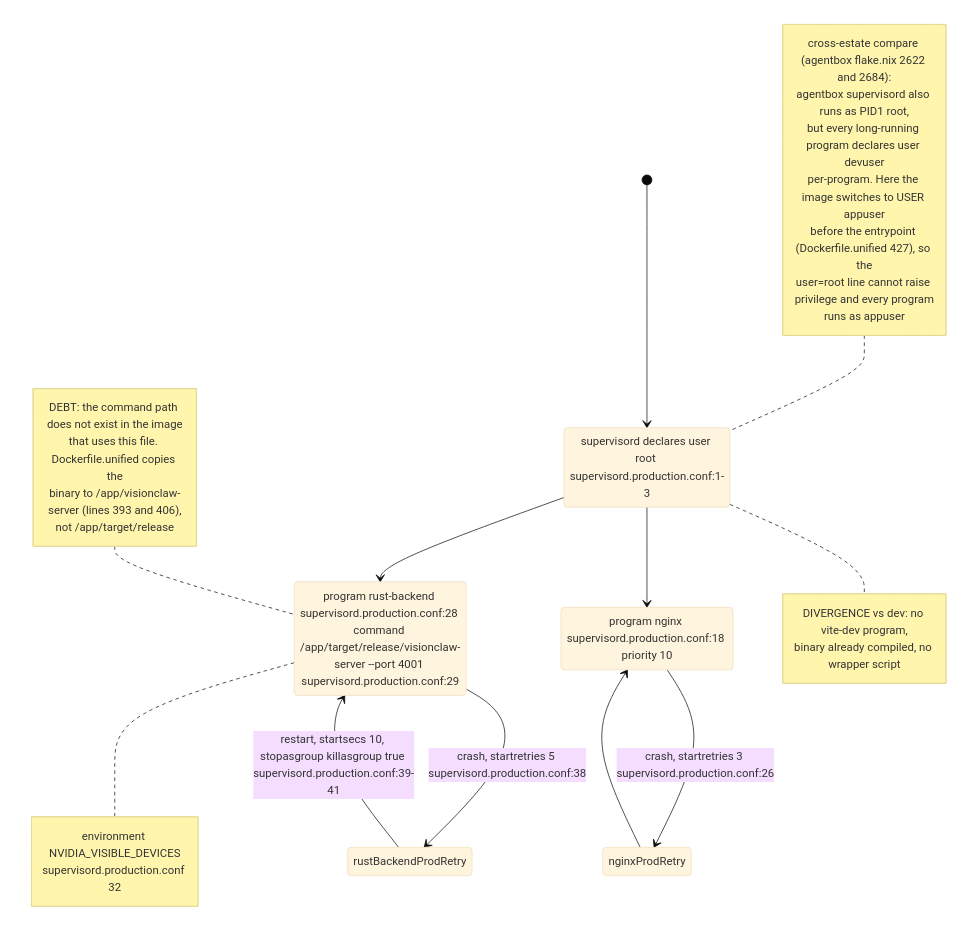
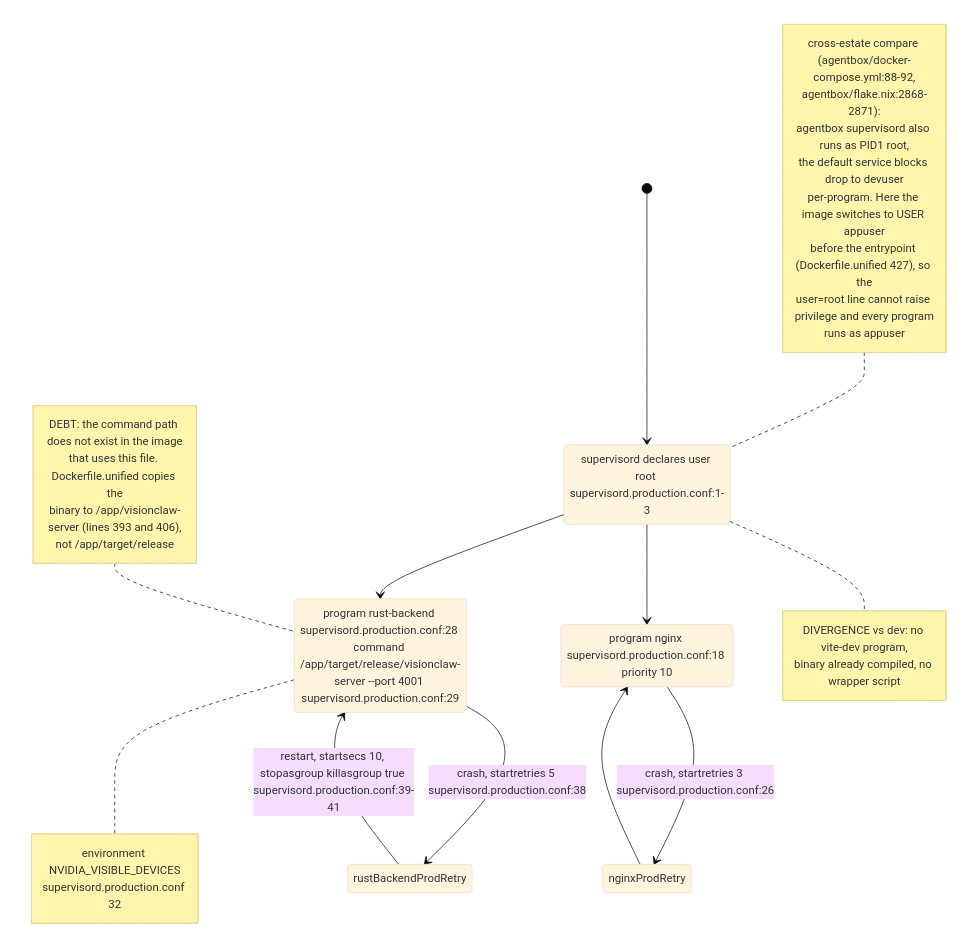
Before and after one commit to DreamLab-AI/VisionFlow: the seventh of 24 diagrams in docs/diagrams/estate/09-build-deploy-and-ci-estate.md, drawn with Mermaid (base theme). The commit also changed other lines of this file and 5 other files, not shown here.

````diff
--- a/docs/diagrams/estate/09-build-deploy-and-ci-estate.md
+++ b/docs/diagrams/estate/09-build-deploy-and-ci-estate.md
@@ -277,39 +279,39 @@
 ```mermaid
 stateDiagram-v2
     [*] --> supervisordRootProd
     supervisordRootProd: supervisord declares user root supervisord.production.conf:1-3
     supervisordRootProd --> nginxProd
     supervisordRootProd --> rustBackendProd
 
     nginxProd: program nginx supervisord.production.conf:18 priority 10
     rustBackendProd: program rust-backend supervisord.production.conf:28 command /app/target/release/visionclaw-server --port 4001 supervisord.production.conf:29
 
     rustBackendProd --> rustBackendProdRetry: crash, startretries 5 supervisord.production.conf:38
     rustBackendProdRetry --> rustBackendProd: restart, startsecs 10, stopasgroup killasgroup true supervisord.production.conf:39-41
     nginxProd --> nginxProdRetry: crash, startretries 3 supervisord.production.conf:26
     nginxProdRetry --> nginxProd
 
     note right of rustBackendProd
         environment NVIDIA_VISIBLE_DEVICES
         supervisord.production.conf 32
     end note
     note right of supervisordRootProd
         DIVERGENCE vs dev: no vite-dev program,
         binary already compiled, no wrapper script
     end note
     note left of supervisordRootProd
-        cross-estate compare (agentbox flake.nix 2622 and 2684):
+        cross-estate compare (agentbox/docker-compose.yml:88-92,<br/>agentbox/flake.nix:2868-2871):
         agentbox supervisord also runs as PID1 root,
-        but every long-running program declares user devuser
+        the default service blocks drop to devuser
         per-program. Here the image switches to USER appuser
         before the entrypoint (Dockerfile.unified 427), so the
         user=root line cannot raise privilege and every program
         runs as appuser
     end note
     note left of rustBackendProd
         DEBT: the command path does not exist in the image
         that uses this file. Dockerfile.unified copies the
         binary to /app/visionclaw-server (lines 393 and 406),
         not /app/target/release
     end note
 ```
````
